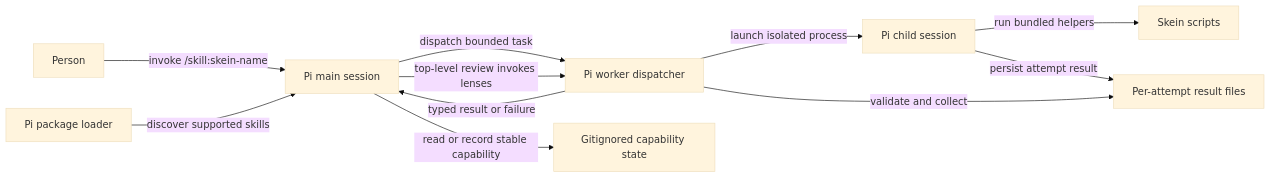
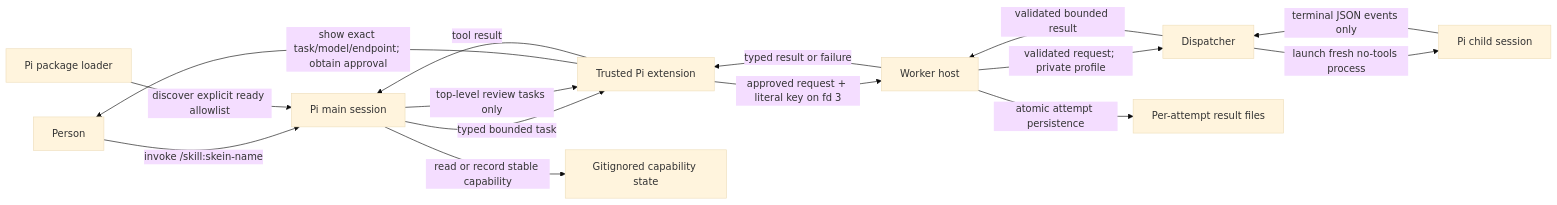
The first of 2 diagrams in docs/dev_plans/20260929-feature-pi-plugin-port.md (vr000m/skein), drawn with Mermaid (base theme) before and after one commit. The commit also changed other lines of this file and 1 other file, not shown here.

````diff
--- a/docs/dev_plans/20260929-feature-pi-plugin-port.md
+++ b/docs/dev_plans/20260929-feature-pi-plugin-port.md
@@ -131,13 +133,17 @@
 ```mermaid
 graph LR
     U["Person"] -->|"invoke /skill:skein-name"| M["Pi main session"]
-    P["Pi package loader"] -->|"discover supported skills"| M
-    M -->|"dispatch bounded task"| D["Pi worker dispatcher"]
-    D -->|"launch isolated process"| W["Pi child session"]
-    W -->|"run bundled helpers"| S["Skein scripts"]
-    M -->|"top-level review invokes lenses"| D
-    W -->|"persist attempt result"| R["Per-attempt result files"]
-    D -->|"validate and collect"| R
-    D -->|"typed result or failure"| M
+    P["Pi package loader"] -->|"discover explicit ready allowlist"| M
+    M -->|"typed bounded task"| E["Trusted Pi extension"]
+    E -->|"show exact task/model/endpoint; obtain approval"| U
+    E -->|"approved request + literal key on fd 3"| H["Worker host"]
+    H -->|"validated request; private profile"| D["Dispatcher"]
+    D -->|"launch fresh no-tools process"| W["Pi child session"]
+    W -->|"terminal JSON events only"| D
+    D -->|"validated bounded result"| H
+    H -->|"atomic attempt persistence"| R["Per-attempt result files"]
+    H -->|"typed result or failure"| E
+    E -->|"tool result"| M
+    M -->|"top-level review tasks only"| E
     M -->|"read or record stable capability"| C["Gitignored capability state"]
 ```
````
